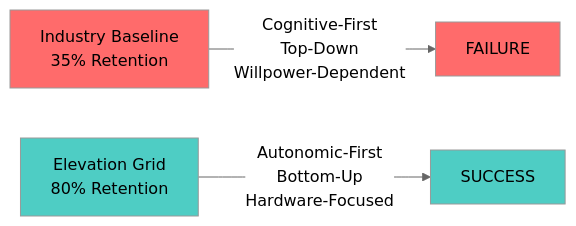
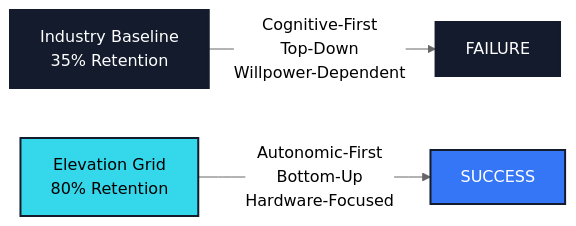
The ninth of 11 diagrams in docs/elevation-grid/elevation-grid-visualizations.md (Feirbrand/synoeticos-public), drawn with Mermaid (neutral theme) before and after one commit. The commit also changed other lines of this file and 8 other files, not shown here.

````diff
--- a/docs/elevation-grid/elevation-grid-visualizations.md
+++ b/docs/elevation-grid/elevation-grid-visualizations.md
@@ -179,11 +192,11 @@
 ```{mermaid}
 graph LR
     A["Industry Baseline<br/>35% Retention"] -->|"Cognitive-First<br/>Top-Down<br/>Willpower-Dependent"| B["FAILURE"]
     
     C["Elevation Grid<br/>80% Retention"] -->|"Autonomic-First<br/>Bottom-Up<br/>Hardware-Focused"| D["SUCCESS"]
     
-    style A fill:#ff6b6b
-    style B fill:#ff6b6b
-    style C fill:#4ecdc4
-    style D fill:#4ecdc4
+    style A fill:#131B2C,stroke:#131B2C,stroke-width:2px,color:#fff
+    style B fill:#131B2C,stroke:#131B2C,stroke-width:2px,color:#fff
+    style C fill:#34D8EA,stroke:#131B2C,stroke-width:2px,color:#000
+    style D fill:#3576F6,stroke:#131B2C,stroke-width:2px,color:#fff
 ```
````
